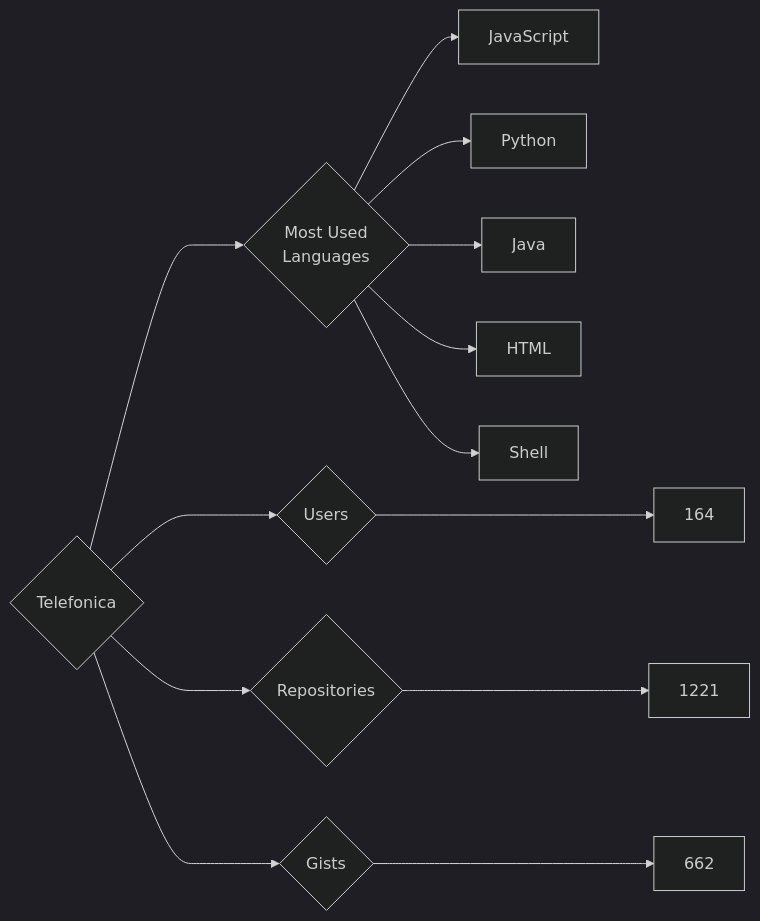
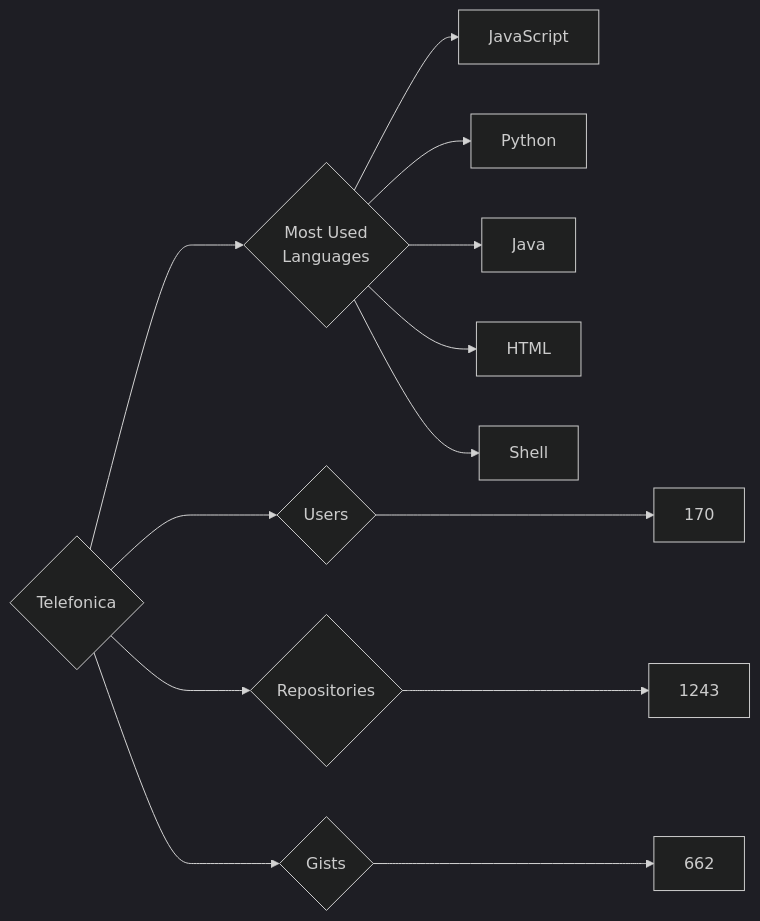
One commit to trickest/insiders changed the diagram in targets/Telefonica/README.md. Above: the diagram before and after it, drawn with Mermaid (dark theme). The commit also changed 1389 other files, not shown here.

````diff
--- a/targets/Telefonica/README.md
+++ b/targets/Telefonica/README.md
@@ -3,13 +3,13 @@
 ```mermaid
 graph LR
 COMPANY_NAME{Telefonica}
-COMPANY_NAME ---> U{Users} ---> UN[164]
-COMPANY_NAME ---> R{Repositories} ---> RN[1221]
+COMPANY_NAME ---> U{Users} ---> UN[170]
+COMPANY_NAME ---> R{Repositories} ---> RN[1243]
 COMPANY_NAME ---> G{Gists} ---> GN[662]
 COMPANY_NAME ---> ML{Most Used<br>Languages}
 ML --> JavaScript[JavaScript]
 ML --> Python[Python]
 ML --> Java[Java]
 ML --> HTML[HTML]
 ML --> Shell[Shell]
 ```
````
